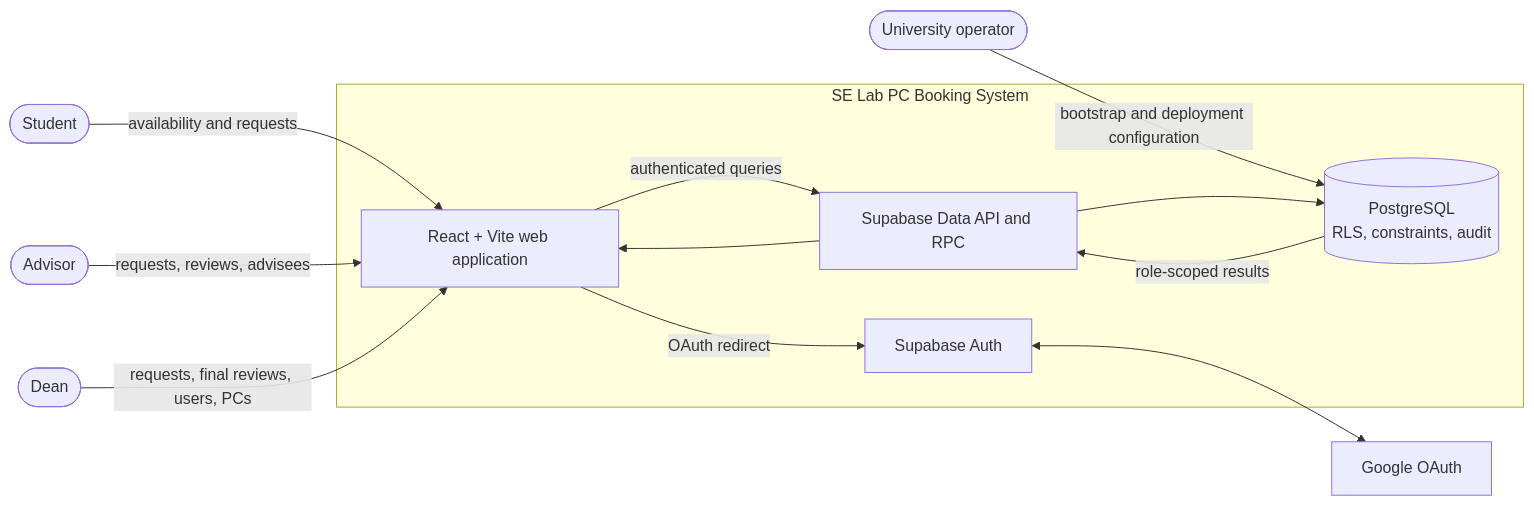
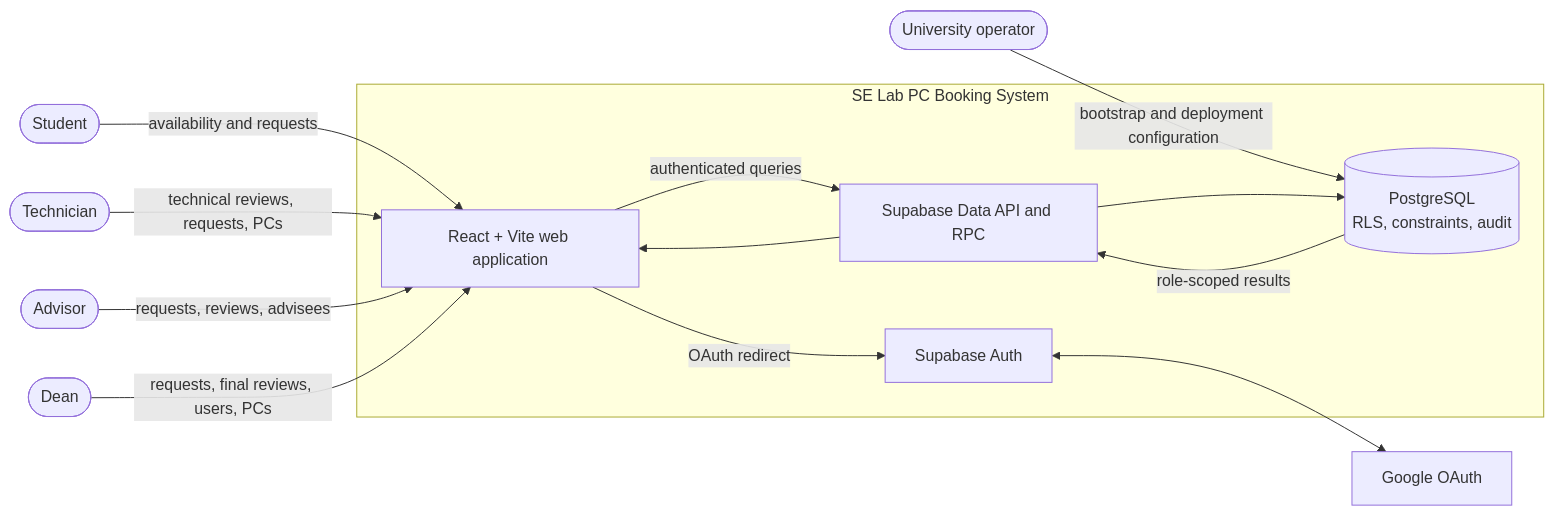
The diagram in .docs/02-design/diagrams/01-context-diagram.md (Leng201202/SE-Lab-Booking-System), drawn with Mermaid before and after one commit. The commit also changed 35 other files, not shown here.

```diff
--- a/.docs/02-design/diagrams/01-context-diagram.md
+++ b/.docs/02-design/diagrams/01-context-diagram.md
@@ -3,27 +3,29 @@
 ~~~mermaid
 flowchart LR
     Student([Student])
+    Technician([Technician])
     Advisor([Advisor])
     Dean([Dean])
     Operator([University operator])
     Google[Google OAuth]
 
     subgraph System["SE Lab PC Booking System"]
         Web[React + Vite web application]
         Auth[Supabase Auth]
         API[Supabase Data API and RPC]
         DB[(PostgreSQL\nRLS, constraints, audit)]
     end
 
     Student -->|availability and requests| Web
+    Technician -->|technical reviews, requests, PCs| Web
     Advisor -->|requests, reviews, advisees| Web
     Dean -->|requests, final reviews, users, PCs| Web
     Operator -->|bootstrap and deployment configuration| DB
 
     Web -->|OAuth redirect| Auth
     Auth <--> Google
     Web -->|authenticated queries| API
     API --> DB
     DB -->|role-scoped results| API
     API --> Web
 ~~~
```
